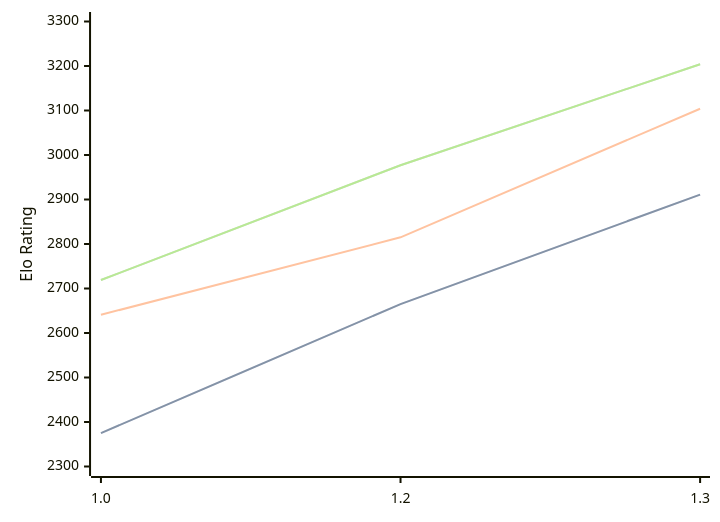
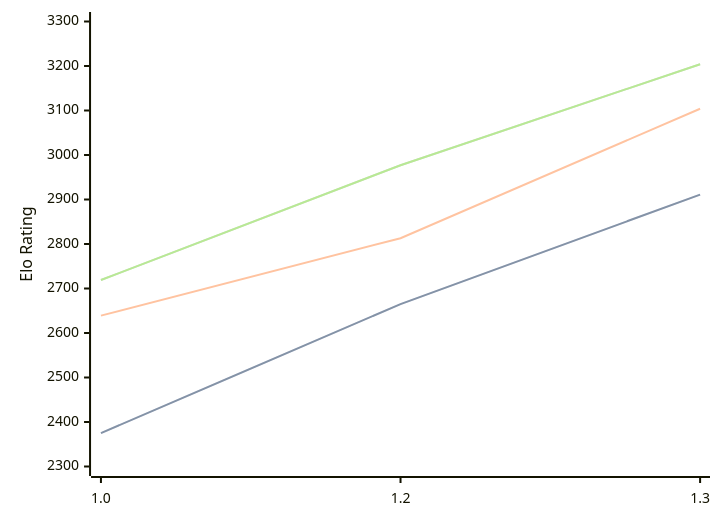
The diagram in engines/Chessnix.md (computer-chess-index/cci), drawn with Mermaid before and after one commit. The commit also changed other lines of this file, not shown here.

````diff
--- a/engines/Chessnix.md
+++ b/engines/Chessnix.md
@@ -33,11 +33,11 @@
 ```mermaid
 %%{init: {"theme":"base","themeVariables":{"seriesColors:['#a3a3a3','#222221','#faa371']}}}%%
 xychart-beta
   x-axis ["1.0", "1.2", "1.3"]
   y-axis "Elo Rating" 2300 --> 3300
   line "STC (8.0+0.08s)" [2375, 2665, 2911]
   line "STC (8.0+0.08s)" [2375, 2665, 2911]
-  line "LTC (60.0+0.60s)" [2641, 2815, 3104]
+  line "LTC (60.0+0.60s)" [2639, 2813, 3104]
   line "VLTC (2m24s+1.12s)" [2719, 2977, 3204]
   line "VLTC (2m24s+1.12s)" [2719, 2977, 3204]
 ```
````
